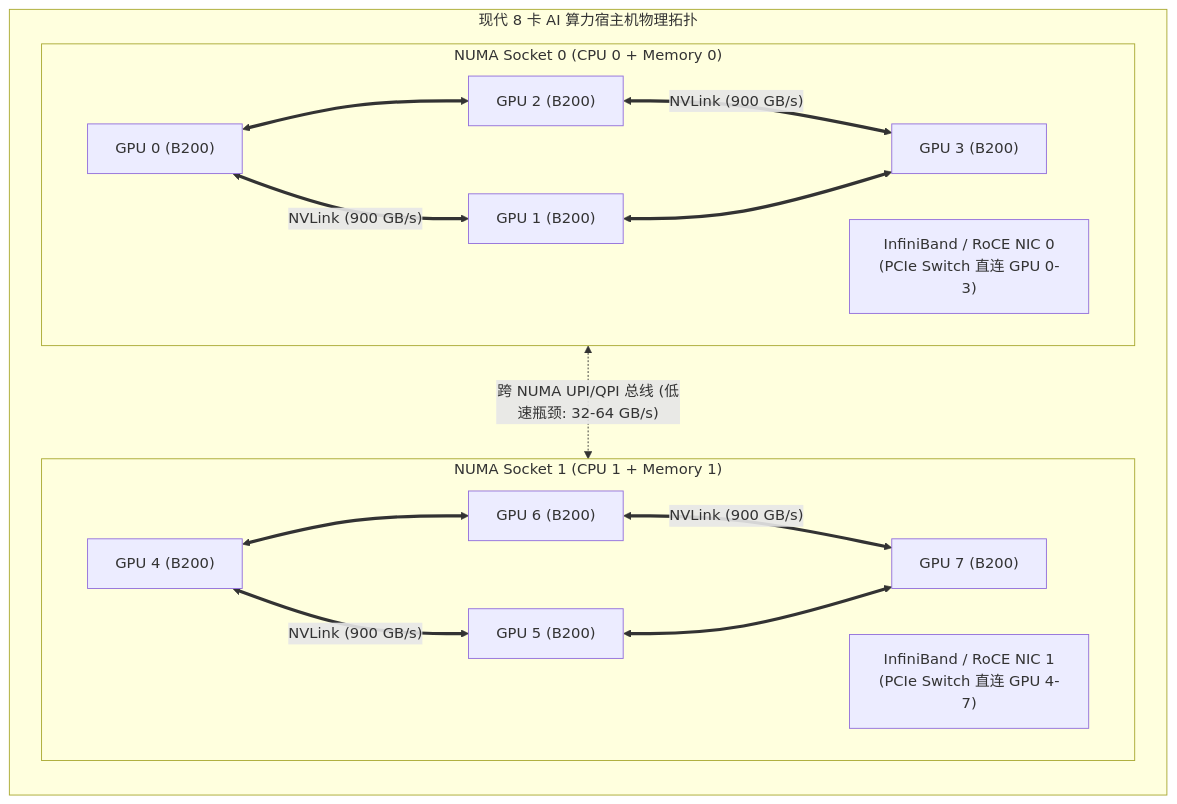
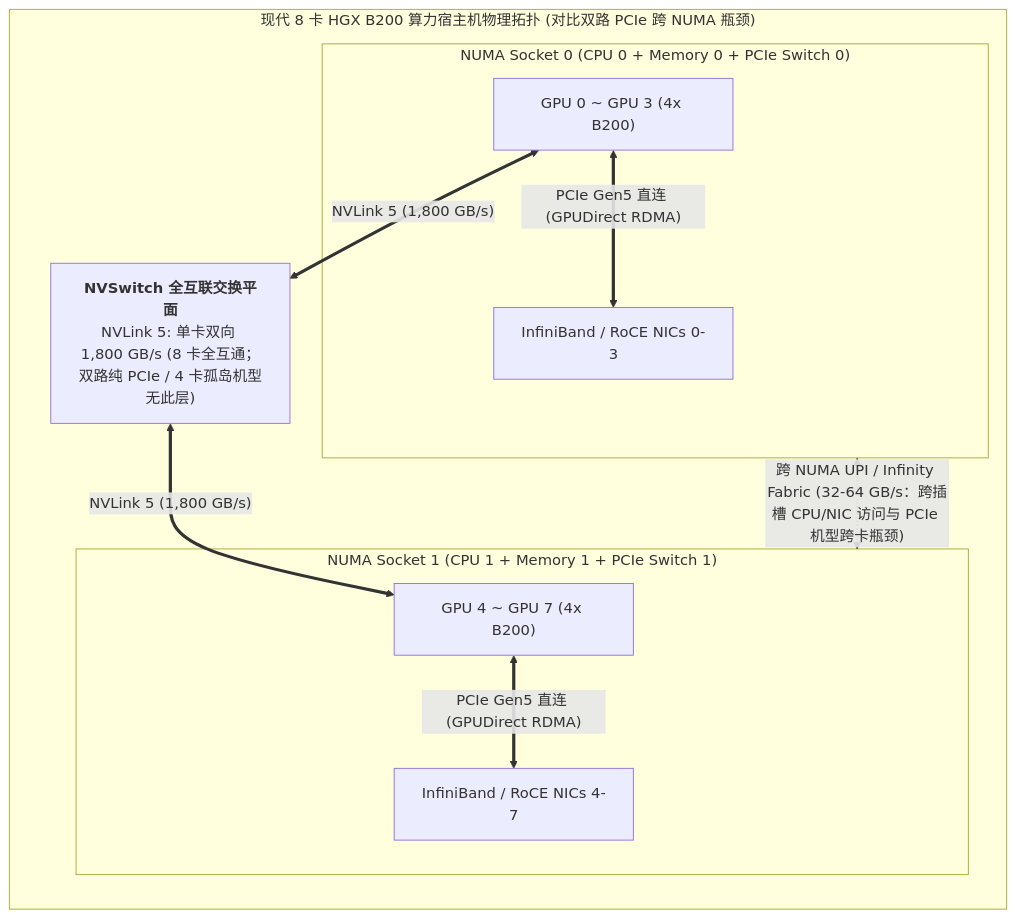
One commit to ifnodoraemon/ifnodoraemon.github.io changed the first of 4 diagrams in content/zh/articles/k8s-gpu-operator-ai-inference-scheduling.md. Above: the diagram before and after it, drawn with Mermaid. The commit also changed other lines of this file and 171 other files, not shown here.

````diff
--- a/content/zh/articles/k8s-gpu-operator-ai-inference-scheduling.md
+++ b/content/zh/articles/k8s-gpu-operator-ai-inference-scheduling.md
@@ -39,23 +39,19 @@
 ```mermaid
 flowchart TD
-    subgraph GPUHost["现代 8 卡 AI 算力宿主机物理拓扑"]
+    subgraph GPUHost["现代 8 卡 HGX B200 算力宿主机物理拓扑 (对比双路 PCIe 跨 NUMA 瓶颈)"]
         direction TB
-        subgraph NUMA0["NUMA Socket 0 (CPU 0 + Memory 0)"]
-            GPU0["GPU 0 (B200)"] <== "NVLink (900 GB/s)" ==> GPU1["GPU 1 (B200)"]
-            GPU2["GPU 2 (B200)"] <== "NVLink (900 GB/s)" ==> GPU3["GPU 3 (B200)"]
-            GPU0 <==> GPU2
-            GPU1 <==> GPU3
-            NIC0["InfiniBand / RoCE NIC 0<br/>(PCIe Switch 直连 GPU 0-3)"]
+        subgraph NUMA0["NUMA Socket 0 (CPU 0 + Memory 0 + PCIe Switch 0)"]
+            GPU03["GPU 0 ~ GPU 3 (4x B200)"] <== "PCIe Gen5 直连 (GPUDirect RDMA)" ==> NIC0["InfiniBand / RoCE NICs 0-3"]
         end
 
-        subgraph NUMA1["NUMA Socket 1 (CPU 1 + Memory 1)"]
-            GPU4["GPU 4 (B200)"] <== "NVLink (900 GB/s)" ==> GPU5["GPU 5 (B200)"]
-            GPU6["GPU 6 (B200)"] <== "NVLink (900 GB/s)" ==> GPU7["GPU 7 (B200)"]
-            GPU4 <==> GPU6
-            GPU5 <==> GPU7
-            NIC1["InfiniBand / RoCE NIC 1<br/>(PCIe Switch 直连 GPU 4-7)"]
+        subgraph NUMA1["NUMA Socket 1 (CPU 1 + Memory 1 + PCIe Switch 1)"]
+            GPU47["GPU 4 ~ GPU 7 (4x B200)"] <== "PCIe Gen5 直连 (GPUDirect RDMA)" ==> NIC1["InfiniBand / RoCE NICs 4-7"]
         end
 
-        NUMA0 <-.->|"跨 NUMA UPI/QPI 总线 (低速瓶颈: 32-64 GB/s)"| NUMA1
+        NVSW["<b>NVSwitch 全互联交换平面</b><br/>NVLink 5: 单卡双向 1,800 GB/s (8 卡全互通；双路纯 PCIe / 4 卡孤岛机型无此层)"]
+        GPU03 <== "NVLink 5 (1,800 GB/s)" ==> NVSW
+        NVSW <== "NVLink 5 (1,800 GB/s)" ==> GPU47
+
+        NUMA0 <-.->|"跨 NUMA UPI / Infinity Fabric (32-64 GB/s：跨插槽 CPU/NIC 访问与 PCIe 机型跨卡瓶颈)"| NUMA1
     end
 ```
````
